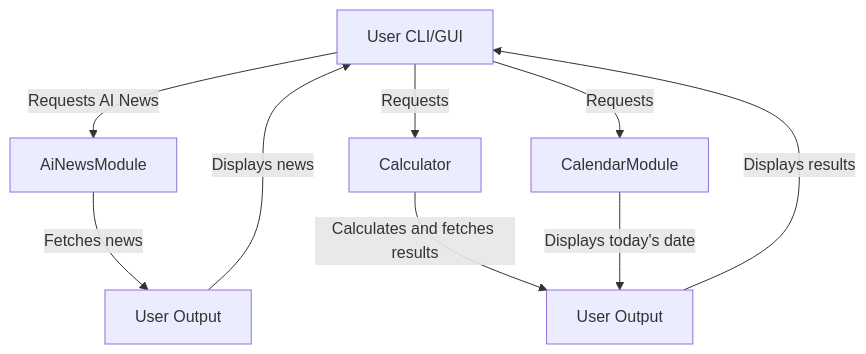
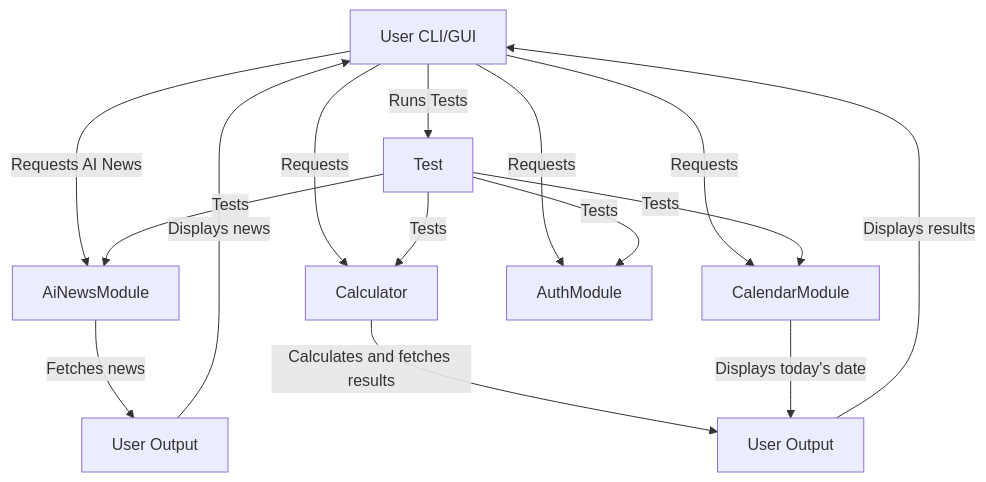
Before and after one commit to thoaihcmc/docs-pipeline-e2e-test: the diagram in docs/diagrams/architecture.mmd, drawn with Mermaid. The commit also changed 7 other files, not shown here.

Commit message:
docs: auto-generate FDD, BDD, ADD and diagrams for 00a6d82128dbacb408c5509bb86f9ac9a8706795

````diff
--- a/docs/diagrams/architecture.mmd
+++ b/docs/diagrams/architecture.mmd
@@ -1,11 +1,17 @@
 ```mermaid  
 graph TD;  
     A[User CLI/GUI] -->|Requests AI News| B[AiNewsModule];  
     B -->|Fetches news| C[User Output];  
     C -->|Displays news| A;  
     A -->|Requests| D[Calculator];  
     D -->|Calculates and fetches results| E[User Output];  
     E -->|Displays results| A;  
     A -->|Requests| F[CalendarModule];  
     F -->|Displays today's date| E;  
+    A -->|Requests| G[AuthModule];  
+    A -->|Runs Tests| H[Test];  
+    H -->|Tests| B;  
+    H -->|Tests| D;  
+    H -->|Tests| F;  
+    H -->|Tests| G;  
 ```
````
